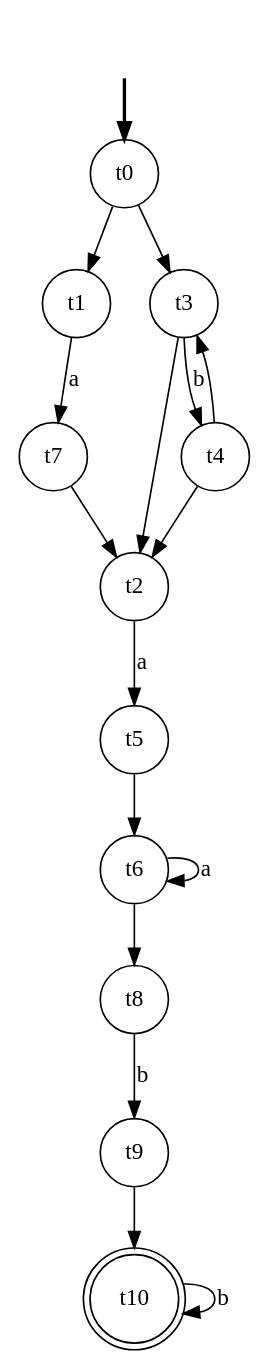
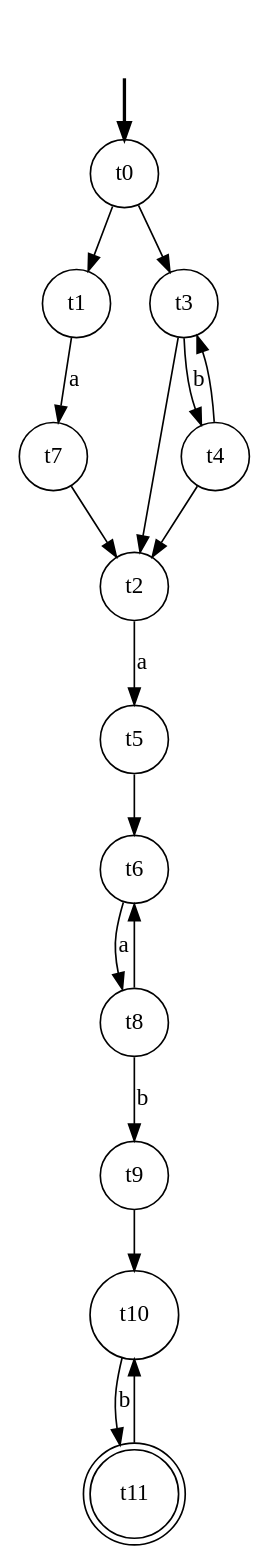
One commit to Raytr0/se3310assign2 changed the diagram in a2_q3.dot. Above: the diagram before and after it, drawn with Graphviz.

Commit message:
updated kleene star q3 and pic

```diff
--- a/a2_q3.dot
+++ b/a2_q3.dot
@@ -1,24 +1,24 @@
 digraph NFA {
     fake [style = invisible]
     t0 [root = true, shape = circle]
     fake -> t0 [style = bold]
 
-    t10 [shape=doublecircle]
+    t11 [shape=doublecircle]
     node [shape = circle];
     t0 -> t1;
     t1 -> t7 [label = "a"];
     t7 -> t2 [label = ""];
     t0 -> t3;
     t3 -> t4 [label = "b"];
     t4 -> t3 [label = ""];
     t4 -> t2 [label = ""];
     t3 -> t2 [label = ""];
     t2 -> t5 [label = "a"];
     t5 -> t6 [label = ""];
-    t6 -> t6 [label = "a"];
-    t6 -> t8 [label = ""];
+    t6 -> t8 [label = "a"];
+    t8 -> t6 [label = ""];
     t8 -> t9 [label = "b"];
     t9 -> t10 [label = ""];
-    t10 -> t10 [label = "b"];
-
+    t10 -> t11 [label = "b"];
+    t11 -> t10 [label = ""];
 }
```
